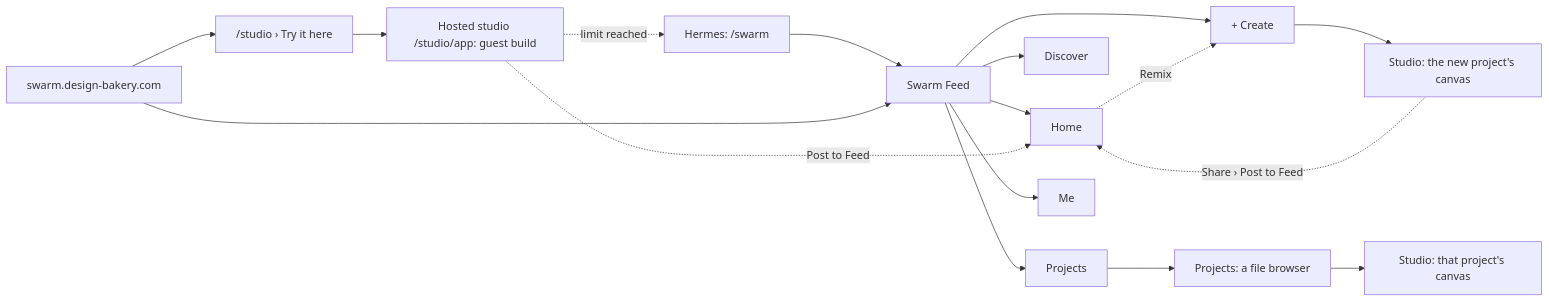
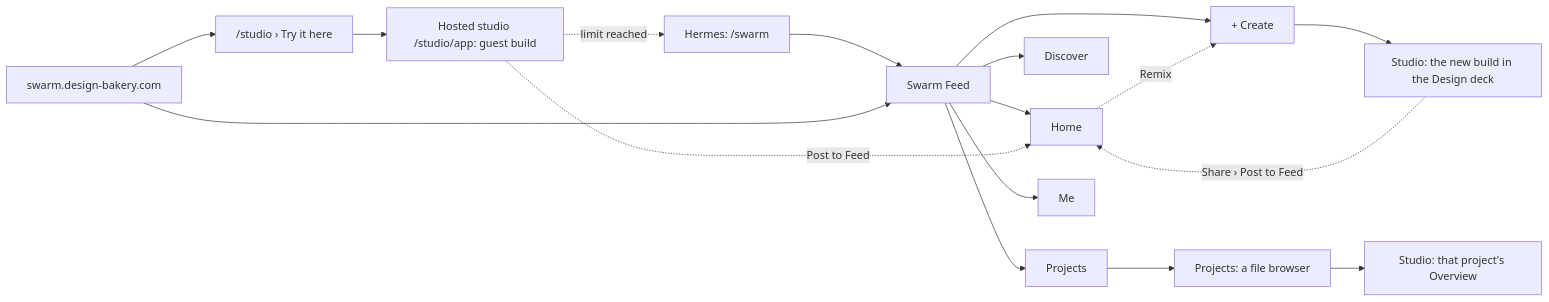
One commit to Pukujan/swarm-studio changed the first of 26 diagrams in docs/ux/SITEMAP.md. Above: the diagram before and after it, drawn with Mermaid. The commit also changed other lines of this file and 10 other files, not shown here.

First line of the commit message:
Overview: the project's pages and files have their own name, and an App opens in the Design deck

````diff
--- a/docs/ux/SITEMAP.md
+++ b/docs/ux/SITEMAP.md
@@ -19,19 +19,19 @@
 ```mermaid
 flowchart LR
   HX["Hermes: /swarm"] --> FEED["Swarm Feed"]
   WEB["swarm.design-bakery.com"] --> FEED
   FEED --> HOME[Home]
   FEED --> DISC[Discover]
   FEED --> PROJ[Projects]
   FEED --> ME[Me]
   FEED --> CR["+ Create"]
-  CR --> ORB["Studio: the new project's canvas"]
+  CR --> ORB["Studio: the new build in the Design deck"]
   PROJ --> GAL["Projects: a file browser"]
-  GAL --> ORB2["Studio: that project's canvas"]
+  GAL --> ORB2["Studio: that project's Overview"]
   ORB -.->|Share › Post to Feed| HOME
   HOME -.->|Remix| CR
   WEB --> TRY["/studio › Try it here"]
   TRY --> HOSTED["Hosted studio /studio/app: guest build"]
   HOSTED -.->|Post to Feed| HOME
   HOSTED -.->|limit reached| HX
 ```
````
